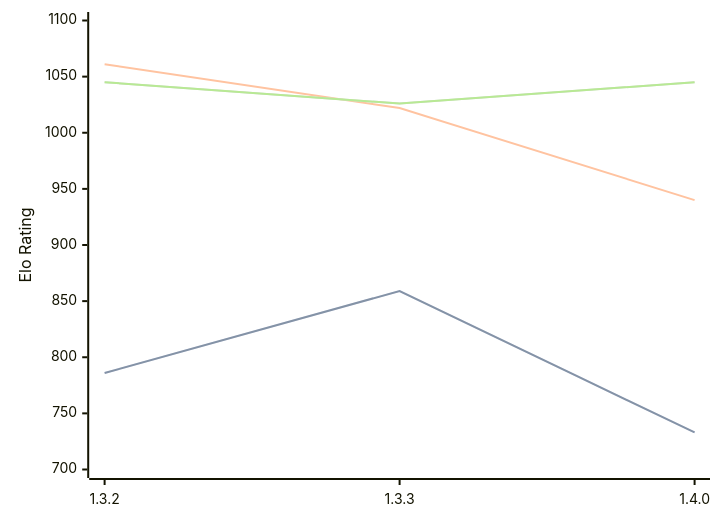
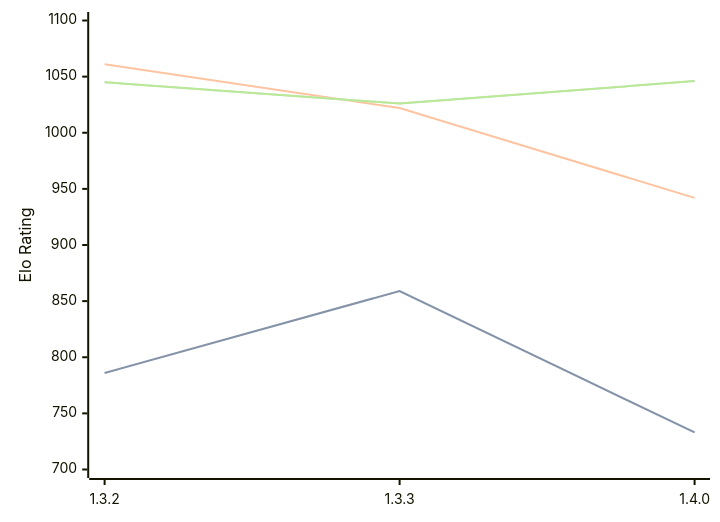
One commit to computer-chess-index/cci changed the diagram in engines/Whitespine.md. Above: the diagram before and after it, drawn with Mermaid. The commit also changed other lines of this file, not shown here.

Commit message:
Update CCI Ratings (ELO VLTC) - 2026-09-17

````diff
--- a/engines/Whitespine.md
+++ b/engines/Whitespine.md
@@ -33,11 +33,11 @@
 ```mermaid
 %%{init: {"theme":"base","themeVariables":{"seriesColors:['#a3a3a3','#222221','#faa371']}}}%%
 xychart-beta
   x-axis ["1.3.2", "1.3.3", "1.4.0"]
   y-axis "Elo Rating" 700 --> 1100
   line "" [786, 859, 733]
   line "STC (8.0+0.08s)" [786, 859, 733]
-  line "LTC (60.0+0.60s)" [1061, 1022, 940]
-  line "" [1045, 1026, 1045]
-  line "VLTC (2m24s+1.12s)" [1045, 1026, 1045]
+  line "LTC (60.0+0.60s)" [1061, 1022, 942]
+  line "" [1045, 1026, 1046]
+  line "VLTC (2m24s+1.12s)" [1045, 1026, 1046]
 ```
````
